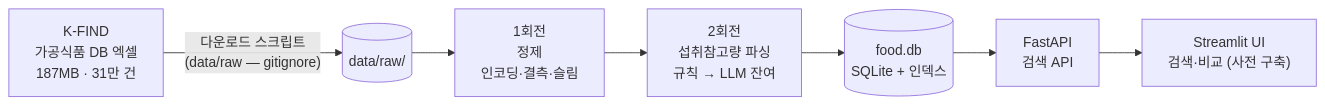
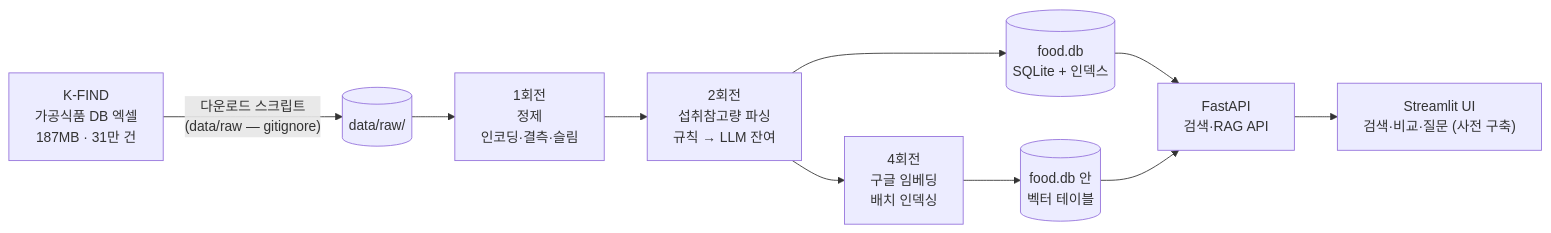
Before and after one commit to 2026-ai-service-engineering-a/ai_service_engineering-track_a: the first of 3 diagrams in site/src/content/courses/ko/session-04/index.mdx, drawn with Mermaid. The commit also changed other lines of this file, not shown here.

First line of the commit message:
Add RAG search rotation to session 4

````diff
--- a/site/src/content/courses/ko/session-04/index.mdx
+++ b/site/src/content/courses/ko/session-04/index.mdx
@@ -102,9 +110,12 @@
 ```mermaid
 flowchart LR
     SRC["K-FIND<br/>가공식품 DB 엑셀<br/>187MB · 31만 건"] -->|"다운로드 스크립트<br/>(data/raw — gitignore)"| RAW[("data/raw/")]
     RAW --> C1["1회전<br/>정제<br/>인코딩·결측·슬림"]
     C1 --> C2["2회전<br/>섭취참고량 파싱<br/>규칙 → LLM 잔여"]
     C2 --> DB[("food.db<br/>SQLite + 인덱스")]
-    DB --> API["FastAPI<br/>검색 API"]
-    API --> UI["Streamlit UI<br/>검색·비교 (사전 구축)"]
+    C2 --> EM["4회전<br/>구글 임베딩<br/>배치 인덱싱"]
+    EM --> VEC[("food.db 안<br/>벡터 테이블")]
+    DB --> API["FastAPI<br/>검색·RAG API"]
+    VEC --> API
+    API --> UI["Streamlit UI<br/>검색·비교·질문 (사전 구축)"]
 ```
````
